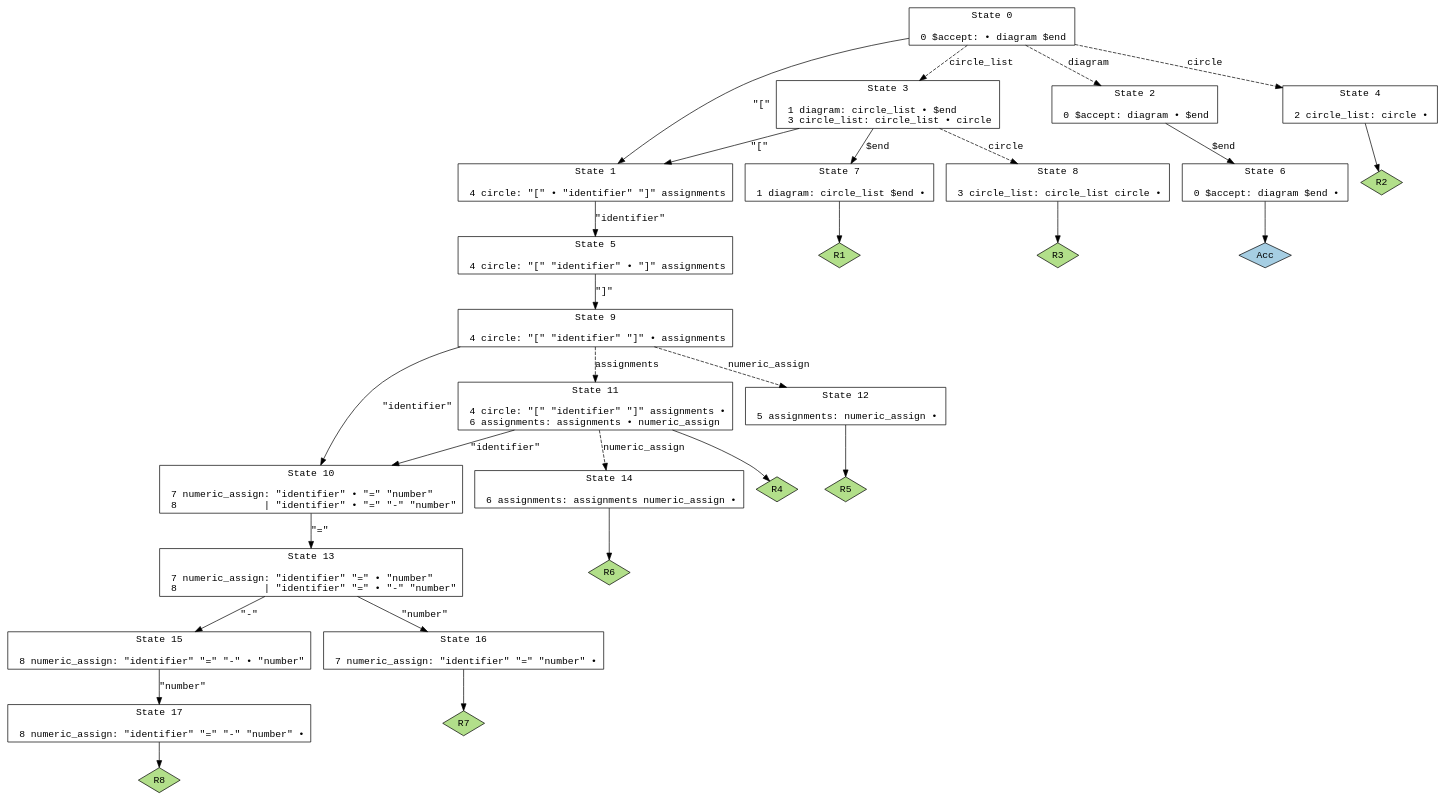
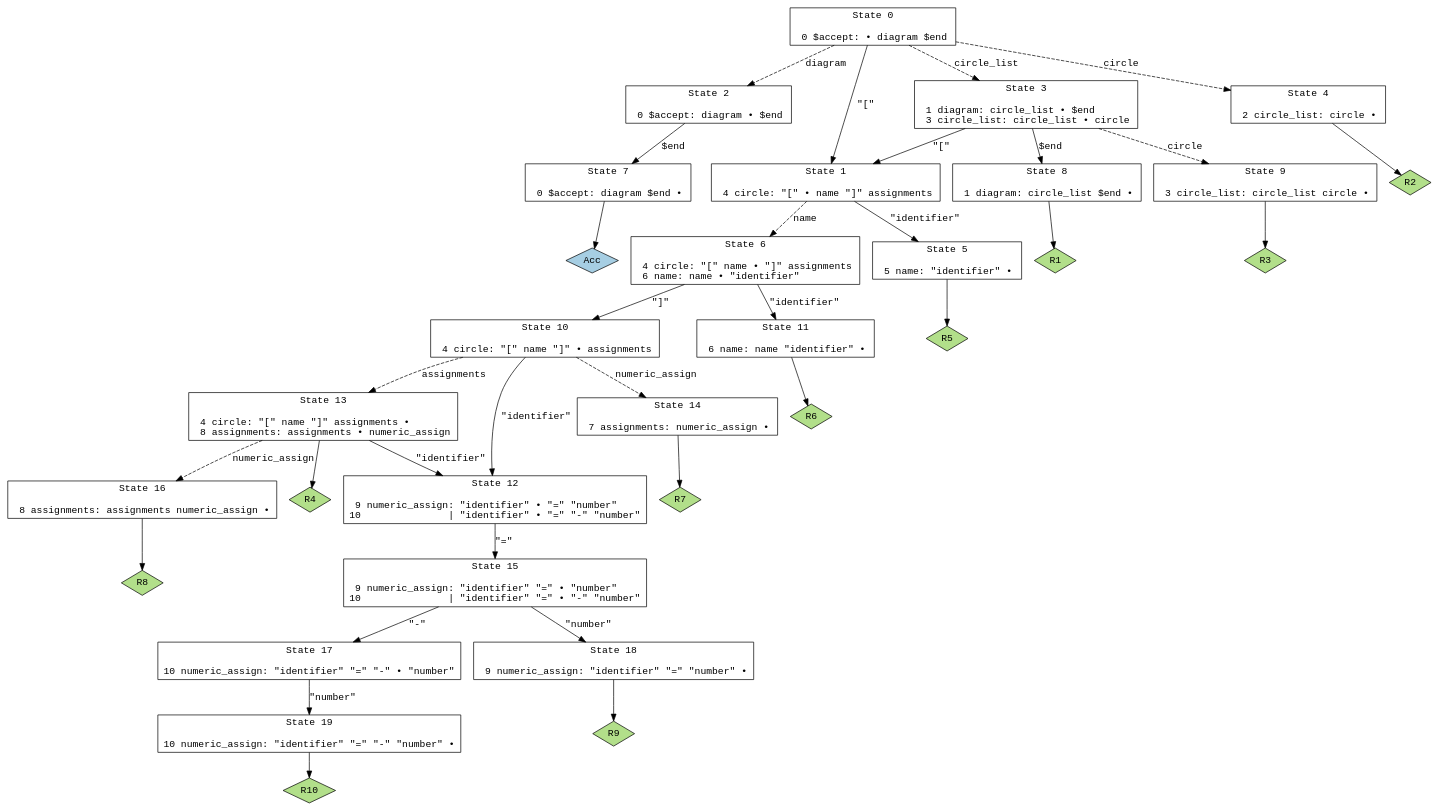
The diagram in src/parser-venn/parser.gv (mahlenmorris/VCVRack), drawn with Graphviz before and after one commit. The commit also changed 7 other files, not shown here.

```diff
--- a/src/parser-venn/parser.gv
+++ b/src/parser-venn/parser.gv
@@ -1,65 +1,73 @@
 // Generated by GNU Bison 3.8.2.
 // Report bugs to <bug-bison@gnu.org>.
 // Home page: <https://www.gnu.org/software/bison/>.
 
 digraph "parser.yy"
 {
   node [fontname = courier, shape = box, colorscheme = paired6]
   edge [fontname = courier]
 
   0 [label="State 0\n\l  0 $accept: • diagram $end\l"]
   0 -> 1 [style=solid label="\"[\""]
   0 -> 2 [style=dashed label="diagram"]
   0 -> 3 [style=dashed label="circle_list"]
   0 -> 4 [style=dashed label="circle"]
-  1 [label="State 1\n\l  4 circle: \"[\" • \"identifier\" \"]\" assignments\l"]
+  1 [label="State 1\n\l  4 circle: \"[\" • name \"]\" assignments\l"]
   1 -> 5 [style=solid label="\"identifier\""]
+  1 -> 6 [style=dashed label="name"]
   2 [label="State 2\n\l  0 $accept: diagram • $end\l"]
-  2 -> 6 [style=solid label="$end"]
+  2 -> 7 [style=solid label="$end"]
   3 [label="State 3\n\l  1 diagram: circle_list • $end\l  3 circle_list: circle_list • circle\l"]
-  3 -> 7 [style=solid label="$end"]
+  3 -> 8 [style=solid label="$end"]
   3 -> 1 [style=solid label="\"[\""]
-  3 -> 8 [style=dashed label="circle"]
+  3 -> 9 [style=dashed label="circle"]
   4 [label="State 4\n\l  2 circle_list: circle •\l"]
   4 -> "4R2" [style=solid]
  "4R2" [label="R2", fillcolor=3, shape=diamond, style=filled]
-  5 [label="State 5\n\l  4 circle: \"[\" \"identifier\" • \"]\" assignments\l"]
-  5 -> 9 [style=solid label="\"]\""]
-  6 [label="State 6\n\l  0 $accept: diagram $end •\l"]
-  6 -> "6R0" [style=solid]
- "6R0" [label="Acc", fillcolor=1, shape=diamond, style=filled]
-  7 [label="State 7\n\l  1 diagram: circle_list $end •\l"]
-  7 -> "7R1" [style=solid]
- "7R1" [label="R1", fillcolor=3, shape=diamond, style=filled]
-  8 [label="State 8\n\l  3 circle_list: circle_list circle •\l"]
-  8 -> "8R3" [style=solid]
- "8R3" [label="R3", fillcolor=3, shape=diamond, style=filled]
-  9 [label="State 9\n\l  4 circle: \"[\" \"identifier\" \"]\" • assignments\l"]
-  9 -> 10 [style=solid label="\"identifier\""]
-  9 -> 11 [style=dashed label="assignments"]
-  9 -> 12 [style=dashed label="numeric_assign"]
-  10 [label="State 10\n\l  7 numeric_assign: \"identifier\" • \"=\" \"number\"\l  8               | \"identifier\" • \"=\" \"-\" \"number\"\l"]
-  10 -> 13 [style=solid label="\"=\""]
-  11 [label="State 11\n\l  4 circle: \"[\" \"identifier\" \"]\" assignments •\l  6 assignments: assignments • numeric_assign\l"]
-  11 -> 10 [style=solid label="\"identifier\""]
-  11 -> 14 [style=dashed label="numeric_assign"]
-  11 -> "11R4" [style=solid]
- "11R4" [label="R4", fillcolor=3, shape=diamond, style=filled]
-  12 [label="State 12\n\l  5 assignments: numeric_assign •\l"]
-  12 -> "12R5" [style=solid]
- "12R5" [label="R5", fillcolor=3, shape=diamond, style=filled]
-  13 [label="State 13\n\l  7 numeric_assign: \"identifier\" \"=\" • \"number\"\l  8               | \"identifier\" \"=\" • \"-\" \"number\"\l"]
-  13 -> 15 [style=solid label="\"-\""]
-  13 -> 16 [style=solid label="\"number\""]
-  14 [label="State 14\n\l  6 assignments: assignments numeric_assign •\l"]
-  14 -> "14R6" [style=solid]
- "14R6" [label="R6", fillcolor=3, shape=diamond, style=filled]
-  15 [label="State 15\n\l  8 numeric_assign: \"identifier\" \"=\" \"-\" • \"number\"\l"]
-  15 -> 17 [style=solid label="\"number\""]
-  16 [label="State 16\n\l  7 numeric_assign: \"identifier\" \"=\" \"number\" •\l"]
-  16 -> "16R7" [style=solid]
- "16R7" [label="R7", fillcolor=3, shape=diamond, style=filled]
-  17 [label="State 17\n\l  8 numeric_assign: \"identifier\" \"=\" \"-\" \"number\" •\l"]
-  17 -> "17R8" [style=solid]
- "17R8" [label="R8", fillcolor=3, shape=diamond, style=filled]
+  5 [label="State 5\n\l  5 name: \"identifier\" •\l"]
+  5 -> "5R5" [style=solid]
+ "5R5" [label="R5", fillcolor=3, shape=diamond, style=filled]
+  6 [label="State 6\n\l  4 circle: \"[\" name • \"]\" assignments\l  6 name: name • \"identifier\"\l"]
+  6 -> 10 [style=solid label="\"]\""]
+  6 -> 11 [style=solid label="\"identifier\""]
+  7 [label="State 7\n\l  0 $accept: diagram $end •\l"]
+  7 -> "7R0" [style=solid]
+ "7R0" [label="Acc", fillcolor=1, shape=diamond, style=filled]
+  8 [label="State 8\n\l  1 diagram: circle_list $end •\l"]
+  8 -> "8R1" [style=solid]
+ "8R1" [label="R1", fillcolor=3, shape=diamond, style=filled]
+  9 [label="State 9\n\l  3 circle_list: circle_list circle •\l"]
+  9 -> "9R3" [style=solid]
+ "9R3" [label="R3", fillcolor=3, shape=diamond, style=filled]
+  10 [label="State 10\n\l  4 circle: \"[\" name \"]\" • assignments\l"]
+  10 -> 12 [style=solid label="\"identifier\""]
+  10 -> 13 [style=dashed label="assignments"]
+  10 -> 14 [style=dashed label="numeric_assign"]
+  11 [label="State 11\n\l  6 name: name \"identifier\" •\l"]
+  11 -> "11R6" [style=solid]
+ "11R6" [label="R6", fillcolor=3, shape=diamond, style=filled]
+  12 [label="State 12\n\l  9 numeric_assign: \"identifier\" • \"=\" \"number\"\l 10               | \"identifier\" • \"=\" \"-\" \"number\"\l"]
+  12 -> 15 [style=solid label="\"=\""]
+  13 [label="State 13\n\l  4 circle: \"[\" name \"]\" assignments •\l  8 assignments: assignments • numeric_assign\l"]
+  13 -> 12 [style=solid label="\"identifier\""]
+  13 -> 16 [style=dashed label="numeric_assign"]
+  13 -> "13R4" [style=solid]
+ "13R4" [label="R4", fillcolor=3, shape=diamond, style=filled]
+  14 [label="State 14\n\l  7 assignments: numeric_assign •\l"]
+  14 -> "14R7" [style=solid]
+ "14R7" [label="R7", fillcolor=3, shape=diamond, style=filled]
+  15 [label="State 15\n\l  9 numeric_assign: \"identifier\" \"=\" • \"number\"\l 10               | \"identifier\" \"=\" • \"-\" \"number\"\l"]
+  15 -> 17 [style=solid label="\"-\""]
+  15 -> 18 [style=solid label="\"number\""]
+  16 [label="State 16\n\l  8 assignments: assignments numeric_assign •\l"]
+  16 -> "16R8" [style=solid]
+ "16R8" [label="R8", fillcolor=3, shape=diamond, style=filled]
+  17 [label="State 17\n\l 10 numeric_assign: \"identifier\" \"=\" \"-\" • \"number\"\l"]
+  17 -> 19 [style=solid label="\"number\""]
+  18 [label="State 18\n\l  9 numeric_assign: \"identifier\" \"=\" \"number\" •\l"]
+  18 -> "18R9" [style=solid]
+ "18R9" [label="R9", fillcolor=3, shape=diamond, style=filled]
+  19 [label="State 19\n\l 10 numeric_assign: \"identifier\" \"=\" \"-\" \"number\" •\l"]
+  19 -> "19R10" [style=solid]
+ "19R10" [label="R10", fillcolor=3, shape=diamond, style=filled]
 }
```
